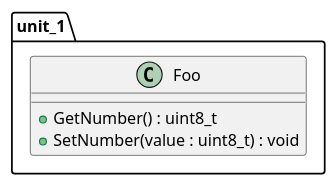
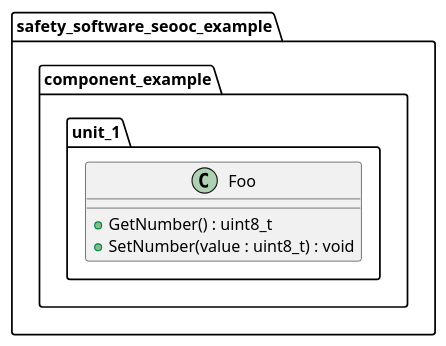
One commit to eclipse-score/tooling changed the diagram in bazel/rules/rules_score/examples/seooc/unit_1/docs/unit_1_class_diagram.puml. Above: the diagram before and after it, drawn with PlantUML. The commit also changed 55 other files, not shown here.

Commit message:
add architectural unit

```diff
--- a/bazel/rules/rules_score/examples/seooc/unit_1/docs/unit_1_class_diagram.puml
+++ b/bazel/rules/rules_score/examples/seooc/unit_1/docs/unit_1_class_diagram.puml
@@ -14,11 +14,15 @@
 @startuml unit_1_class_diagram
 
-namespace unit_1 {
-    class Foo {
+namespace safety_software_seooc_example {
+    namespace component_example {
+        namespace unit_1 {
+            class Foo {
 
-        + GetNumber() : uint8_t
-        + SetNumber(value : uint8_t) : void
+                + GetNumber() : uint8_t
+                + SetNumber(value : uint8_t) : void
+            }
+        }
     }
 }
 
 @enduml
```
